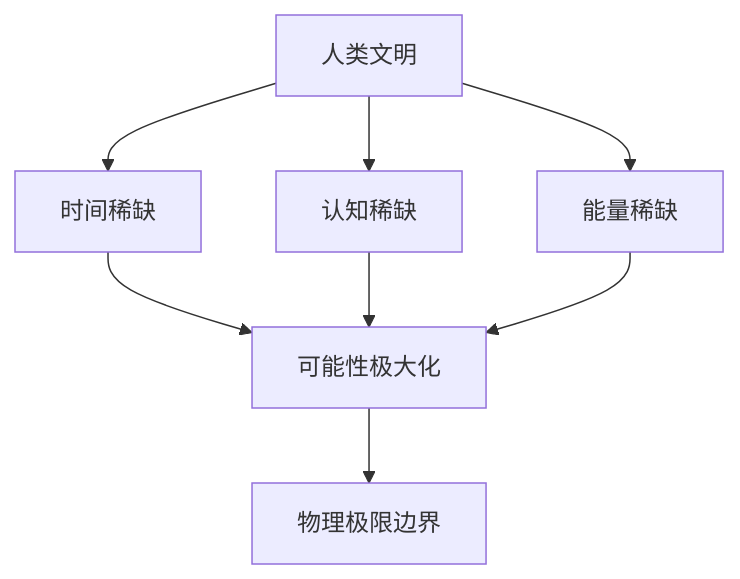
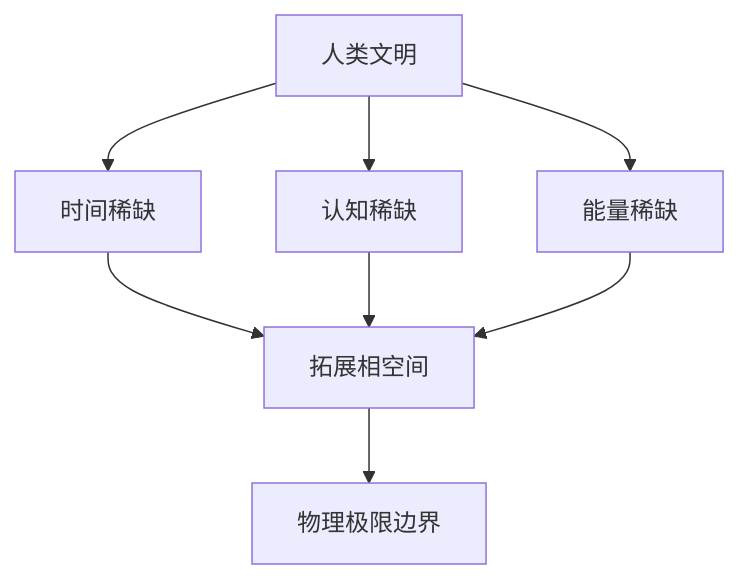
One commit to tukuaiai/Phase_Space changed the first of 3 diagrams in .history/.history/.history/README_20251117110216_20251117122112_20251117122324.md. Above: the diagram before and after it, drawn with Mermaid. The commit also changed 150 other files, not shown here.

````diff
--- a/.history/.history/.history/README_20251117110216_20251117122112_20251117122324.md
+++ b/.history/.history/.history/README_20251117110216_20251117122112_20251117122324.md
@@ -39,10 +39,10 @@
 ```mermaid
 graph TD
     A[人类文明] --> B[时间稀缺]
     A --> C[认知稀缺]
     A --> D[能量稀缺]
-    B --> E[可能性极大化]
+    B --> E[拓展相空间]
     C --> E
     D --> E
     E --> F[物理极限边界]
 ```
````
